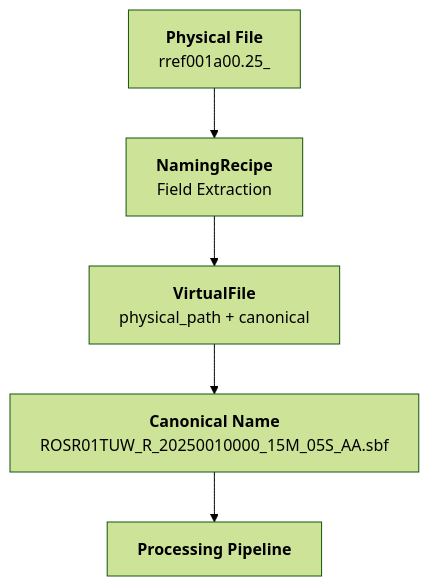
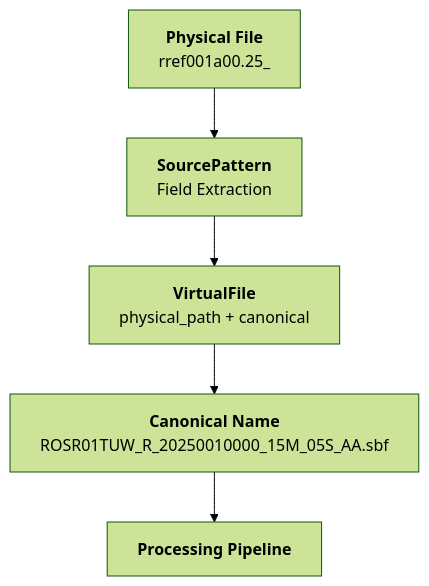
One commit to nfb2021/canvodpy changed the diagram in docs/diagrams/11-naming-recipe-flow.mmd. Above: the diagram before and after it, drawn with Mermaid (forest theme). The commit also changed 42 other files, not shown here.

```diff
--- a/docs/diagrams/11-naming-recipe-flow.mmd
+++ b/docs/diagrams/11-naming-recipe-flow.mmd
@@ -1,10 +1,10 @@
 flowchart TD
     PHYS["`**Physical File**
     rref001a00.25_`"]
-    PHYS --> RECIPE["`**NamingRecipe**
+    PHYS --> RECIPE["`**SourcePattern**
     Field Extraction`"]
     RECIPE --> VF["`**VirtualFile**
     physical_path + canonical`"]
     VF --> CANON["`**Canonical Name**
     ROSR01TUW_R_20250010000_15M_05S_AA.sbf`"]
     CANON --> PIPELINE["`**Processing Pipeline**`"]
```
